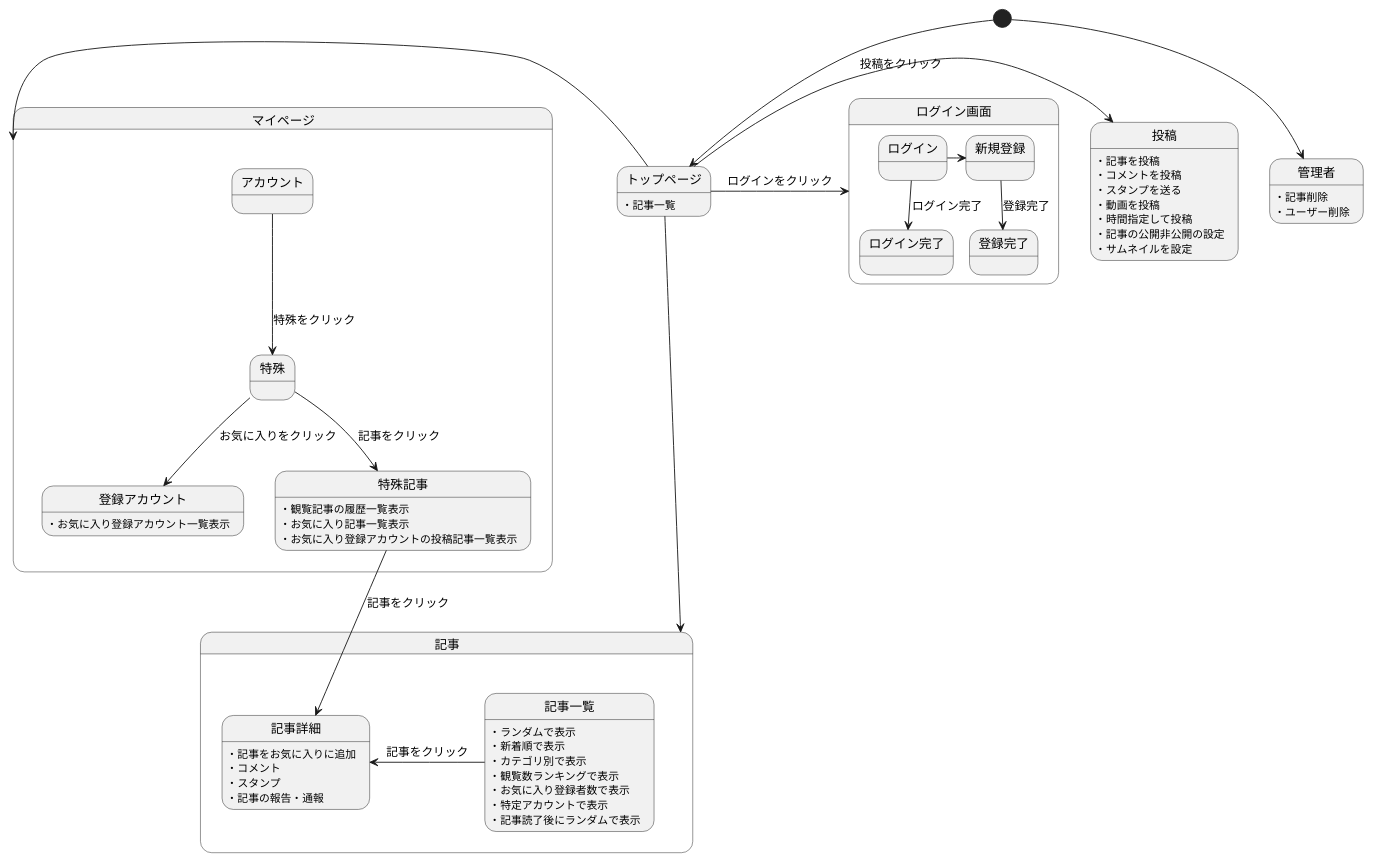
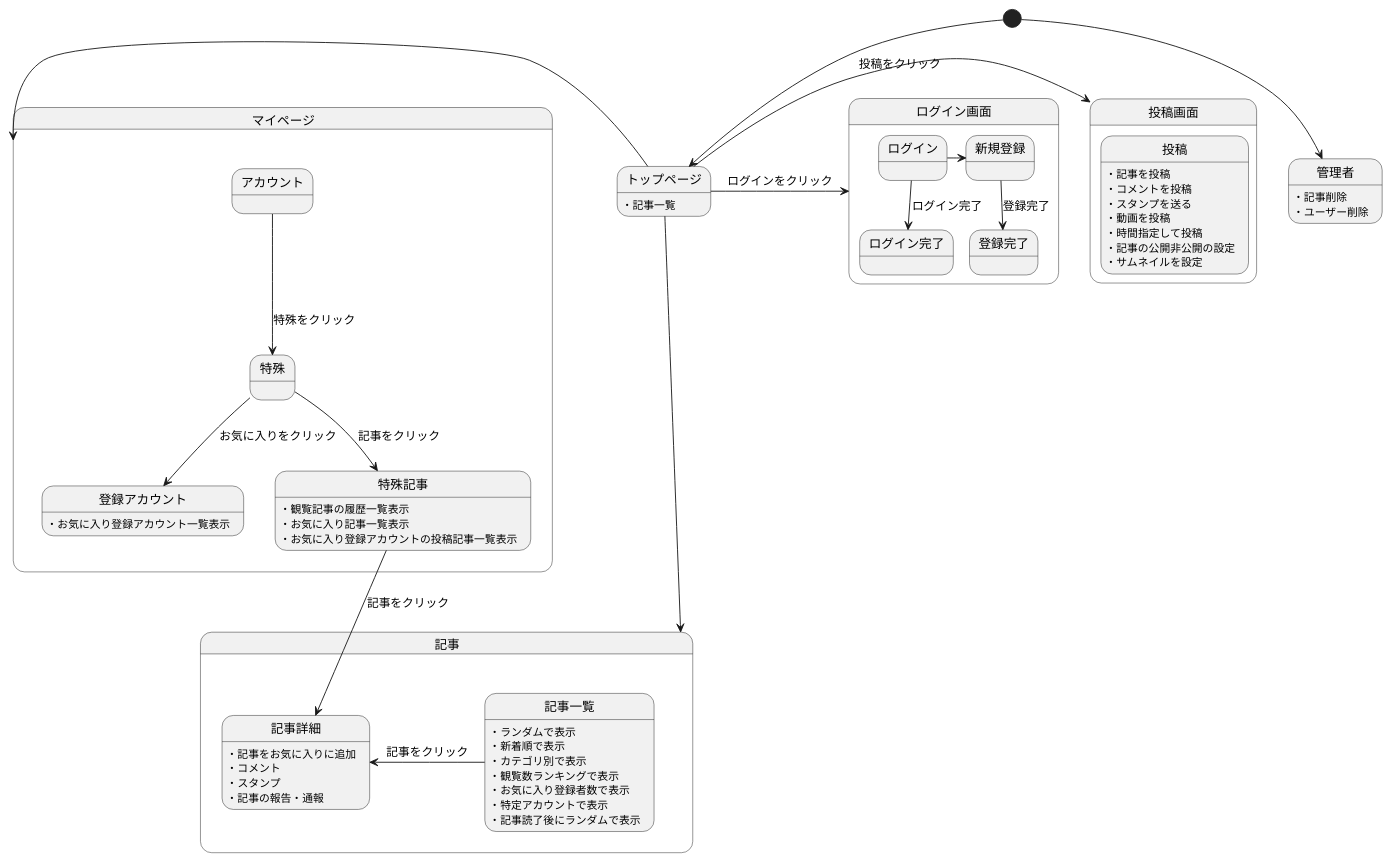
Before and after one commit to Aso2001001/2022System: the diagram in 後期画面遷移.md, drawn with PlantUML.

````diff
--- a/後期画面遷移.md
+++ b/後期画面遷移.md
@@ -1,71 +1,71 @@
 ```uml
 @startuml
 [*] --> トップページ
 
 
 トップページ -down-> 記事
 トップページ -left-> マイページ
-トップページ -> 投稿 : 投稿をクリック
+トップページ -> 投稿画面 : 投稿をクリック
+
 トップページ:・記事一覧
+
+トップページ -> ログイン画面 : ログインをクリック
+
+state 投稿画面{
+
 投稿:・記事を投稿
 投稿:・コメントを投稿
 投稿:・スタンプを送る
 投稿:・動画を投稿
 投稿:・時間指定して投稿
 投稿:・記事の公開非公開の設定
 投稿:・サムネイルを設定
 
-トップページ -> ログイン画面 : ログインをクリック
-
+}
 
 state ログイン画面{
 ログイン -> 新規登録
 ログイン -down-> ログイン完了 : ログイン完了
 新規登録 -down-> 登録完了 : 登録完了
 }
 
-
 state 記事{
 記事一覧 -left-> 記事詳細 : 記事をクリック
-
 
 記事一覧:・ランダムで表示
 記事一覧:・新着順で表示
 記事一覧:・カテゴリ別で表示
 記事一覧:・観覧数ランキングで表示
 記事一覧:・お気に入り登録者数で表示
 記事一覧:・特定アカウントで表示
 記事一覧:・記事読了後にランダムで表示
 
 記事詳細:・記事をお気に入りに追加
 記事詳細:・コメント
 記事詳細:・スタンプ
 記事詳細:・記事の報告・通報
 
-
 }
 
 state マイページ{
 
 アカウント -down-> 特殊 : 特殊をクリック
 特殊 -down-> 登録アカウント :お気に入りをクリック
 特殊 -down-> 特殊記事 :記事をクリック
 特殊記事 -down-> 記事詳細 :記事をクリック
-
-
 
 特殊記事:・観覧記事の履歴一覧表示
 特殊記事:・お気に入り記事一覧表示
 登録アカウント:・お気に入り登録アカウント一覧表示
 特殊記事:・お気に入り登録アカウントの投稿記事一覧表示
 
 }
 
 
 [*] --> 管理者
 管理者:・記事削除
 管理者:・ユーザー削除
 
 
 @enduml
 ```
````
